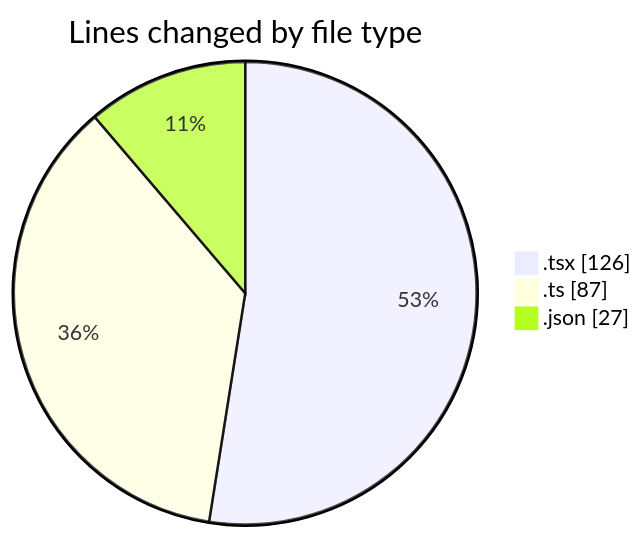
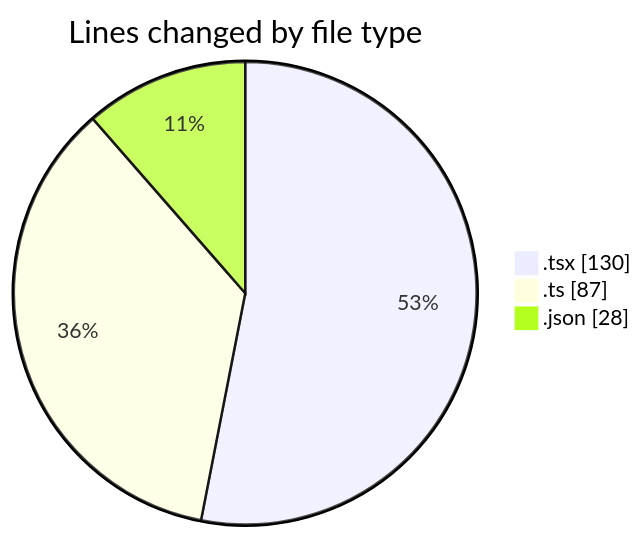
The first of 2 diagrams in 2025-04-29/cda/README.md (momahboobian/code-tracking), drawn with Mermaid before and after one commit. The commit also changed other lines of this file and 1 other file, not shown here.

````diff
--- a/2025-04-29/cda/README.md
+++ b/2025-04-29/cda/README.md
@@ -23,7 +23,7 @@
 ```mermaid
 pie showData
 title Lines changed by file type
-".tsx" : 126
+".tsx" : 130
 ".ts" : 87
-".json" : 27
+".json" : 28
 ```
````
